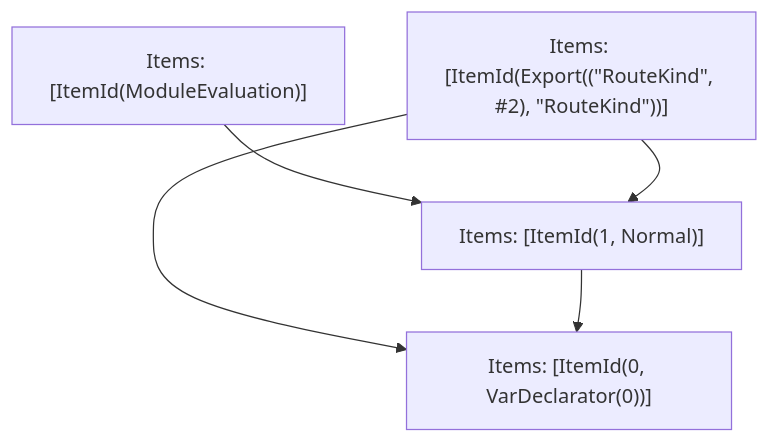
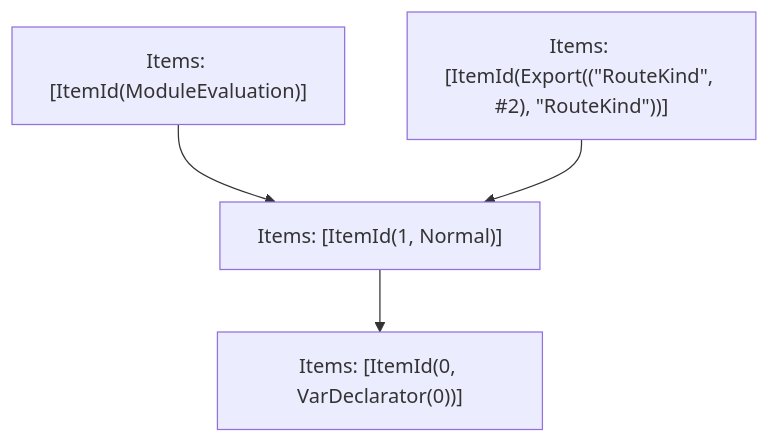
One commit to vercel/turborepo changed the fifth of 5 diagrams in crates/turbopack-ecmascript/tests/tree-shaker/analyzer/route-kind/output.md. Above: the diagram before and after it, drawn with Mermaid. The commit also changed other lines of this file and 20 other files, not shown here.

````diff
--- a/crates/turbopack-ecmascript/tests/tree-shaker/analyzer/route-kind/output.md
+++ b/crates/turbopack-ecmascript/tests/tree-shaker/analyzer/route-kind/output.md
@@ -81,11 +80,10 @@
 ```mermaid
 graph TD
     N0["Items: [ItemId(ModuleEvaluation)]"];
     N1["Items: [ItemId(Export((&quot;RouteKind&quot;, #2), &quot;RouteKind&quot;))]"];
     N2["Items: [ItemId(0, VarDeclarator(0))]"];
     N3["Items: [ItemId(1, Normal)]"];
     N0 --> N3;
-    N1 --> N2;
     N1 --> N3;
     N3 --> N2;
 ```
````
